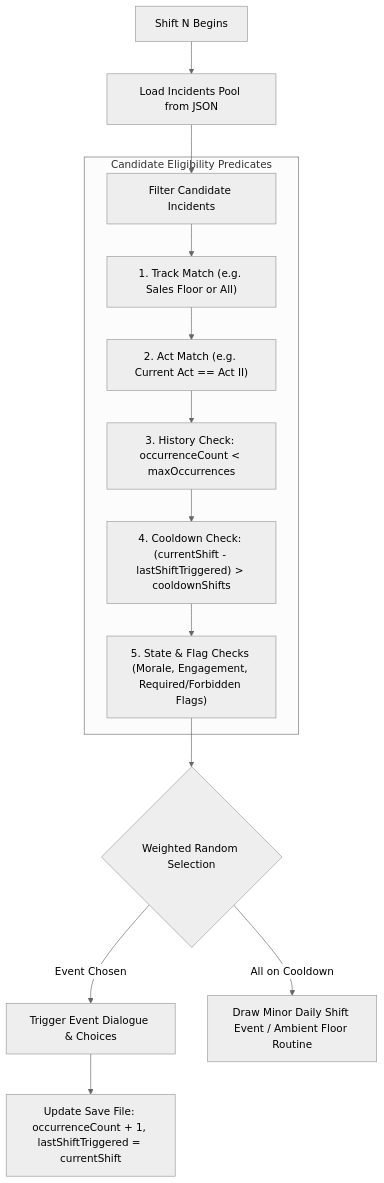
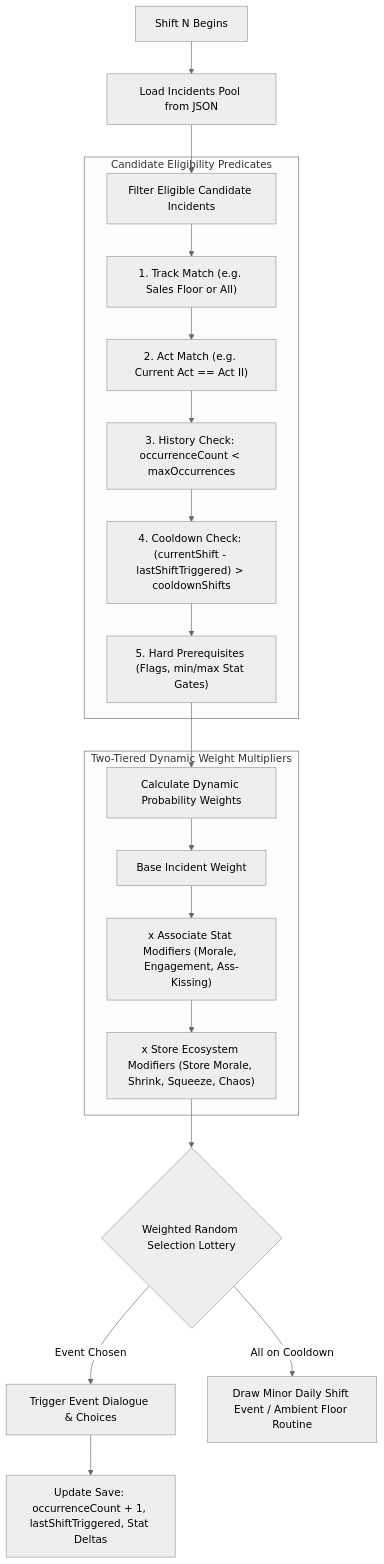
The fifth of 5 diagrams in OVERALL_DESIGN.md (Todd0042/superstore-saga), drawn with Mermaid (neutral theme) before and after one commit. The commit also changed other lines of this file, not shown here.

Commit message:
docs: add two-tiered probability formula (associate x store stats) and store ecosystem data to OVERALL_DESIGN.md

````diff
--- a/OVERALL_DESIGN.md
+++ b/OVERALL_DESIGN.md
@@ -398,18 +409,27 @@
 ```mermaid
 flowchart TD
     Shift[Shift N Begins] --> Pool[Load Incidents Pool from JSON]
-    Pool --> Filter[Filter Candidate Incidents]
+    Pool --> Filter[Filter Eligible Candidate Incidents]
     
     subgraph FilterChecks["Candidate Eligibility Predicates"]
         Filter --> C1["1. Track Match (e.g. Sales Floor or All)"]
         C1 --> C2["2. Act Match (e.g. Current Act == Act II)"]
-        C2 --> C3["3. History Check: occurrenceCount < maxOccurrences"]
+        C3["3. History Check: occurrenceCount < maxOccurrences"]
+        C2 --> C3
         C3 --> C4["4. Cooldown Check: (currentShift - lastShiftTriggered) > cooldownShifts"]
-        C4 --> C5["5. State & Flag Checks (Morale, Engagement, Required/Forbidden Flags)"]
+        C4 --> C5["5. Hard Prerequisites (Flags, min/max Stat Gates)"]
     end
 
-    C5 --> Lottery{Weighted Random Selection}
+    C5 --> WeightCalc[Calculate Dynamic Probability Weights]
+    
+    subgraph Multipliers["Two-Tiered Dynamic Weight Multipliers"]
+        WeightCalc --> M1["Base Incident Weight"]
+        M1 --> M2["x Associate Stat Modifiers (Morale, Engagement, Ass-Kissing)"]
+        M2 --> M3["x Store Ecosystem Modifiers (Store Morale, Shrink, Squeeze, Chaos)"]
+    end
+
+    M3 --> Lottery{Weighted Random Selection Lottery}
     Lottery -->|Event Chosen| Trigger[Trigger Event Dialogue & Choices]
-    Trigger --> UpdateSave[Update Save File: occurrenceCount + 1, lastShiftTriggered = currentShift]
+    Trigger --> UpdateSave[Update Save: occurrenceCount + 1, lastShiftTriggered, Stat Deltas]
     Lottery -->|All on Cooldown| Fallback[Draw Minor Daily Shift Event / Ambient Floor Routine]
 ```
````
